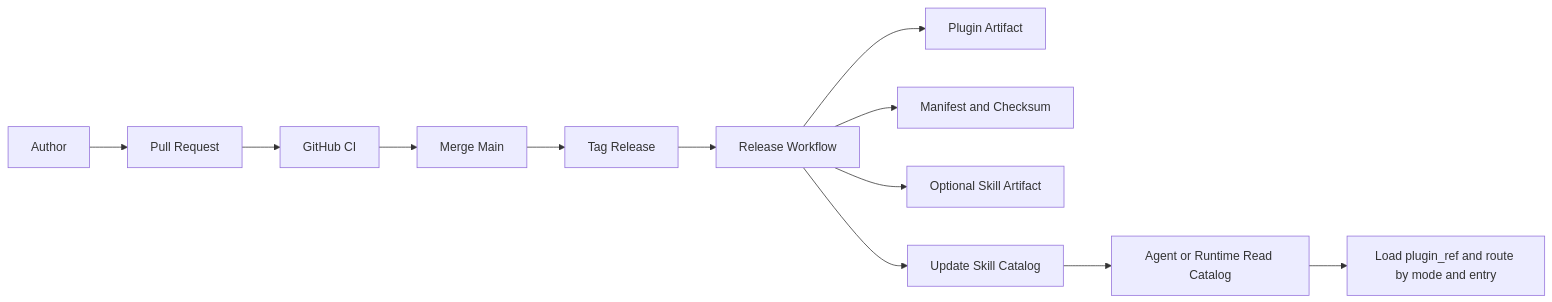
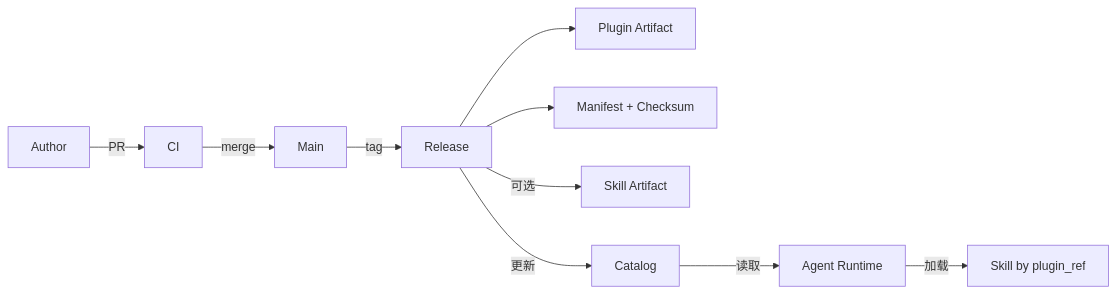
Before and after one commit to devbolin/skills: the first of 2 diagrams in docs/phase1/DESIGN.md, drawn with Mermaid. The commit also changed other lines of this file and 4 other files, not shown here.

First line of the commit message:
docs: improve mermaid diagrams for GitHub readability

````diff
--- a/docs/phase1/DESIGN.md
+++ b/docs/phase1/DESIGN.md
@@ -34,14 +34,14 @@
 ```mermaid
 flowchart LR
-  A[Author] --> B[Pull Request]
-  B --> C[GitHub CI]
-  C --> D[Merge Main]
-  D --> E[Tag Release]
-  E --> F[Release Workflow]
-  F --> G[Plugin Artifact]
-  F --> H[Manifest and Checksum]
-  F --> I[Optional Skill Artifact]
-  F --> J[Update Skill Catalog]
-  J --> K[Agent or Runtime Read Catalog]
-  K --> L[Load plugin_ref and route by mode and entry]
+    A[Author] -->|PR| B[CI]
+    B -->|merge| C[Main]
+    C -->|tag| D[Release]
+
+    D --> E[Plugin Artifact]
+    D --> F[Manifest + Checksum]
+    D -->|可选| G[Skill Artifact]
+    D -->|更新| H[Catalog]
+
+    H -->|读取| I[Agent Runtime]
+    I -->|加载| J[Skill by plugin_ref]
 ```
````
